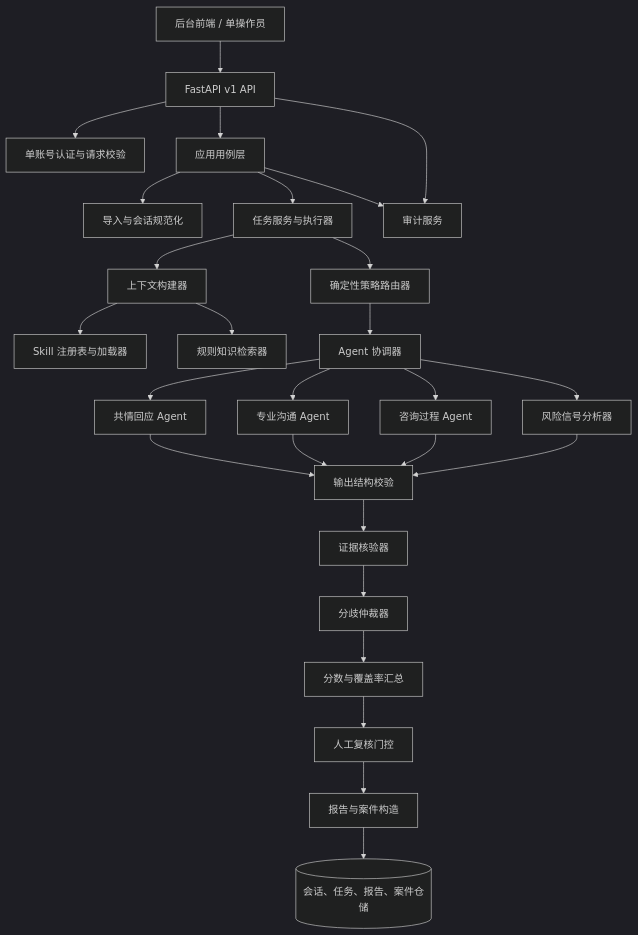
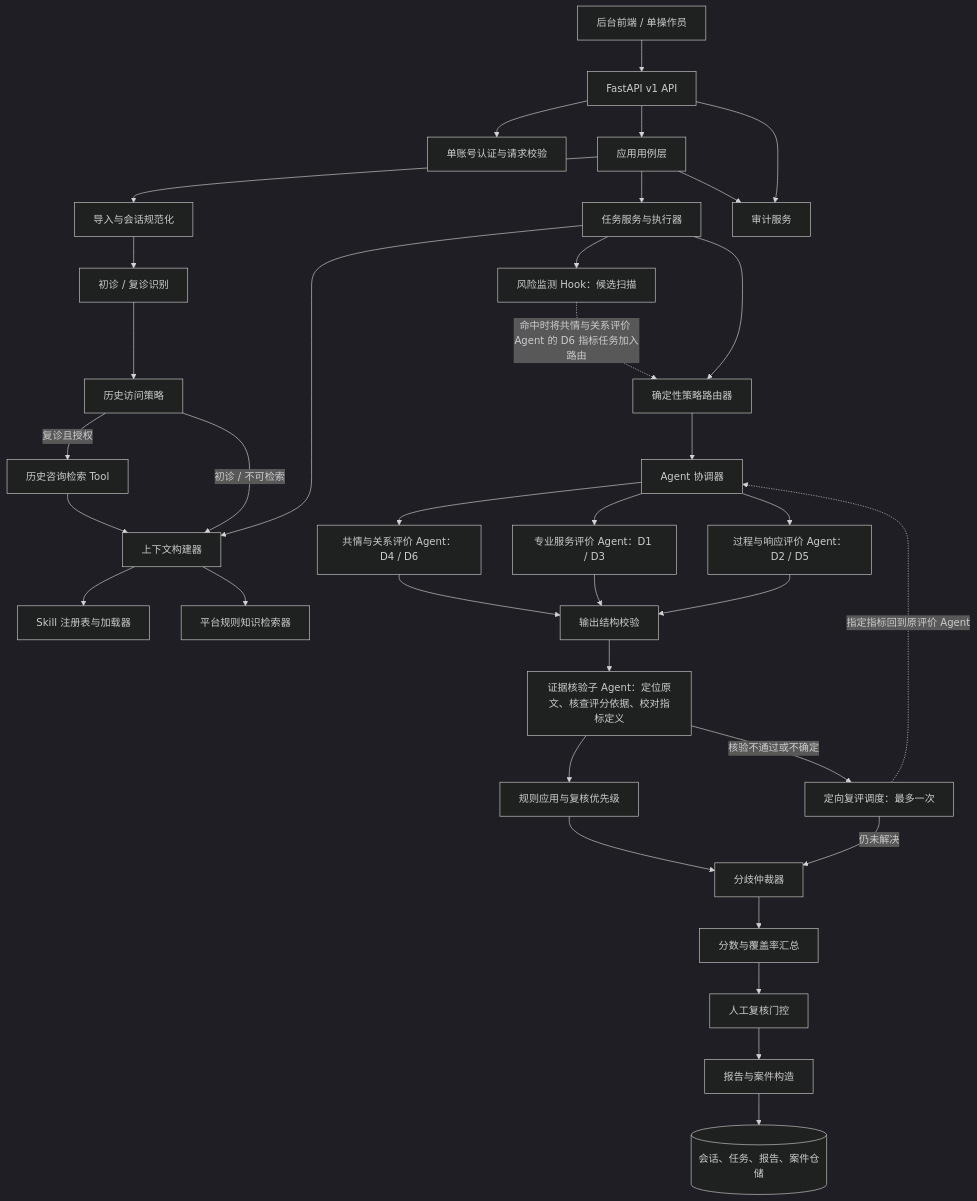
One commit to poxuxuxux/Online-psychological-counseling-platform-doctor-service-quality-monitoring-agent changed the first of 2 diagrams in docs/architecture/AGENT_SYSTEM_DESIGN.md. Above: the diagram before and after it, drawn with Mermaid (dark theme). The commit also changed other lines of this file and 4 other files, not shown here.

````diff
--- a/docs/architecture/AGENT_SYSTEM_DESIGN.md
+++ b/docs/architecture/AGENT_SYSTEM_DESIGN.md
@@ -46,29 +48,38 @@
 ```mermaid
 flowchart TD
     UI[后台前端 / 单操作员] --> API[FastAPI v1 API]
     API --> AUTH[单账号认证与请求校验]
     API --> UC[应用用例层]
     UC --> IMP[导入与会话规范化]
     UC --> TASK[任务服务与执行器]
+    IMP --> ROUND[初诊 / 复诊识别]
+    ROUND --> HP[历史访问策略]
+    HP -- 复诊且授权 --> HIST[历史咨询检索 Tool]
+    HP -- 初诊 / 不可检索 --> CTX[上下文构建器]
+    HIST --> CTX
     TASK --> CTX[上下文构建器]
     CTX --> SKILL[Skill 注册表与加载器]
-    CTX --> KNOW[规则知识检索器]
+    CTX --> KNOW[平台规则知识检索器]
+    TASK --> HOOK[风险监测 Hook：候选扫描]
     TASK --> ROUTER[确定性策略路由器]
+    HOOK -. 命中时将共情与关系评价 Agent 的 D6 指标任务加入路由 .-> ROUTER
     ROUTER --> COORD[Agent 协调器]
-    COORD --> A1[共情回应 Agent]
-    COORD --> A2[专业沟通 Agent]
-    COORD --> A3[咨询过程 Agent]
-    COORD --> A4[风险信号分析器]
+    COORD --> A1[共情与关系评价 Agent：D4 / D6]
+    COORD --> A2[专业服务评价 Agent：D1 / D3]
+    COORD --> A3[过程与响应评价 Agent：D2 / D5]
     A1 --> VALID[输出结构校验]
     A2 --> VALID
     A3 --> VALID
-    A4 --> VALID
-    VALID --> EVID[证据核验器]
-    EVID --> ARB[分歧仲裁器]
+    VALID --> EVID[证据核验子 Agent：定位原文、核查评分依据、校对指标定义]
+    EVID --> RR[规则应用与复核优先级]
+    RR --> ARB[分歧仲裁器]
     ARB --> SCORE[分数与覆盖率汇总]
     SCORE --> GATE[人工复核门控]
     GATE --> REPORT[报告与案件构造]
     REPORT --> REPO[(会话、任务、报告、案件仓储)]
+    EVID -- 核验不通过或不确定 --> RETRY[定向复评调度：最多一次]
+    RETRY -. 指定指标回到原评价 Agent .-> COORD
+    RETRY -- 仍未解决 --> ARB
     API --> AUDIT[审计服务]
     UC --> AUDIT
 ```
````
